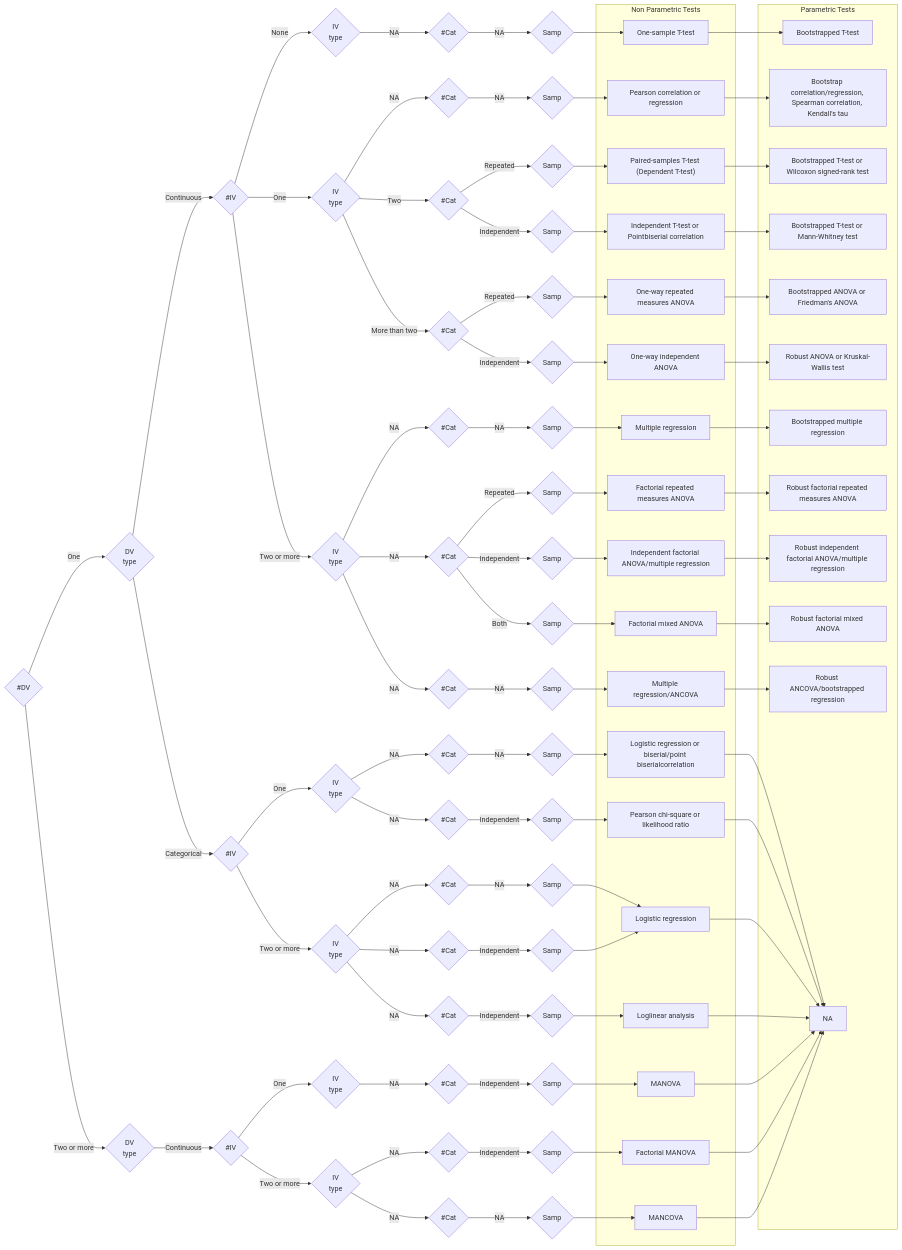
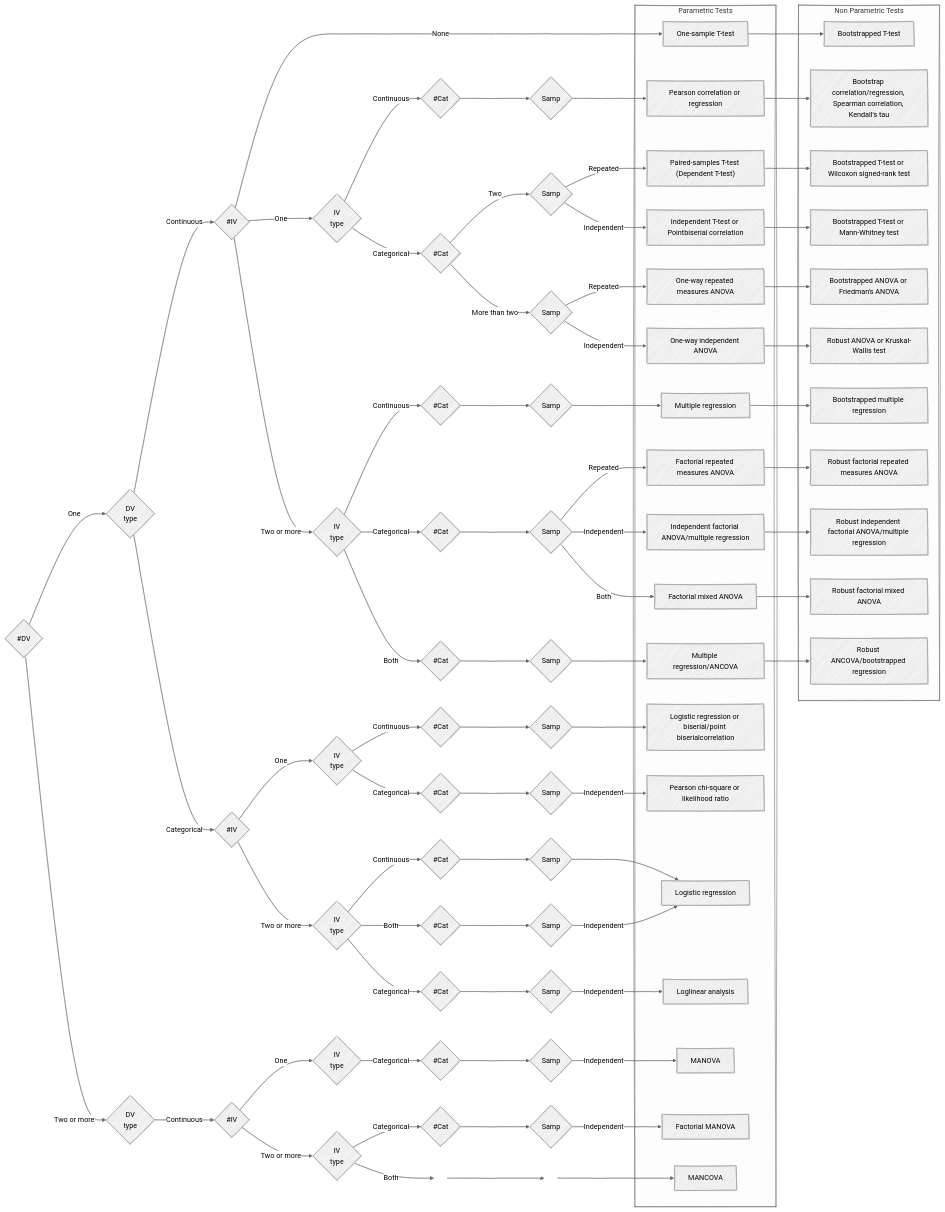
Before and after one commit to ShKlinkenberg/statistical-test-selection: the diagram in output.mmd, drawn with Mermaid. The commit also changed 2 other files, not shown here.

```diff
--- a/output.mmd
+++ b/output.mmd
@@ -1,70 +1,106 @@
+---
+config:
+  look: handDrawn
+  theme: neutral
+---
+
+
 flowchart LR
   DVn{#DV} -->|One| DVnOne{DV<br>type}
   DVn{#DV} -->|Two or more| DVnTwoormore{DV<br>type}
   DVnOne -->|Continuous| DVnOneContinuous{#IV}
   DVnOne -->|Categorical| DVnOneCategorical{#IV}
   DVnTwoormore -->|Continuous| DVnTwoormoreContinuous{#IV}
-  DVnOneContinuous -->|None| DVnOneContinuousNone{IV<br>type}
+  DVnOneContinuous -->|None| PTOne-sampleT-test["One-sample T-test"]
   DVnOneContinuous -->|One| DVnOneContinuousOne{IV<br>type}
   DVnOneContinuous -->|Two or more| DVnOneContinuousTwoormore{IV<br>type}
   DVnOneCategorical -->|One| DVnOneCategoricalOne{IV<br>type}
   DVnOneCategorical -->|Two or more| DVnOneCategoricalTwoormore{IV<br>type}
   DVnTwoormoreContinuous -->|One| DVnTwoormoreContinuousOne{IV<br>type}
   DVnTwoormoreContinuous -->|Two or more| DVnTwoormoreContinuousTwoormore{IV<br>type}
-  DVnOneContinuousNone -->|NA| DVnOneContinuousNoneNANA{#Cat}
-  DVnOneContinuousOne -->|NA| DVnOneContinuousOneContinuousNA{#Cat}
-  DVnOneContinuousOne -->|Two| DVnOneContinuousOneCategoricalTwo{#Cat}
-  DVnOneContinuousOne -->|More than two| DVnOneContinuousOneCategoricalMorethantwo{#Cat}
-  DVnOneContinuousTwoormore -->|NA| DVnOneContinuousTwoormoreContinuousNA{#Cat}
-  DVnOneContinuousTwoormore -->|NA| DVnOneContinuousTwoormoreCategoricalNA{#Cat}
-  DVnOneContinuousTwoormore -->|NA| DVnOneContinuousTwoormoreBothNA{#Cat}
-  DVnOneCategoricalOne -->|NA| DVnOneCategoricalOneContinuousNA{#Cat}
-  DVnOneCategoricalOne -->|NA| DVnOneCategoricalOneCategoricalNA{#Cat}
-  DVnOneCategoricalTwoormore -->|NA| DVnOneCategoricalTwoormoreContinuousNA{#Cat}
-  DVnOneCategoricalTwoormore -->|NA| DVnOneCategoricalTwoormoreCategoricalNA{#Cat}
-  DVnOneCategoricalTwoormore -->|NA| DVnOneCategoricalTwoormoreBothNA{#Cat}
-  DVnTwoormoreContinuousOne -->|NA| DVnTwoormoreContinuousOneCategoricalNA{#Cat}
-  DVnTwoormoreContinuousTwoormore -->|NA| DVnTwoormoreContinuousTwoormoreCategoricalNA{#Cat}
-  DVnTwoormoreContinuousTwoormore -->|NA| DVnTwoormoreContinuousTwoormoreBothNA{#Cat}
-  DVnOneContinuousNoneNANA -->|NA| DVnOneContinuousNoneNANANA{Samp}
-  DVnOneContinuousOneContinuousNA -->|NA| DVnOneContinuousOneContinuousNANA{Samp}
-  DVnOneContinuousOneCategoricalTwo -->|Repeated| DVnOneContinuousOneCategoricalTwoRepeated{Samp}
-  DVnOneContinuousOneCategoricalTwo -->|Independent| DVnOneContinuousOneCategoricalTwoIndependent{Samp}
-  DVnOneContinuousOneCategoricalMorethantwo -->|Repeated| DVnOneContinuousOneCategoricalMorethantwoRepeated{Samp}
-  DVnOneContinuousOneCategoricalMorethantwo -->|Independent| DVnOneContinuousOneCategoricalMorethantwoIndependent{Samp}
-  DVnOneContinuousTwoormoreContinuousNA -->|NA| DVnOneContinuousTwoormoreContinuousNANA{Samp}
-  DVnOneContinuousTwoormoreCategoricalNA -->|Repeated| DVnOneContinuousTwoormoreCategoricalNARepeated{Samp}
-  DVnOneContinuousTwoormoreCategoricalNA -->|Independent| DVnOneContinuousTwoormoreCategoricalNAIndependent{Samp}
-  DVnOneContinuousTwoormoreCategoricalNA -->|Both| DVnOneContinuousTwoormoreCategoricalNABoth{Samp}
-  DVnOneContinuousTwoormoreBothNA -->|NA| DVnOneContinuousTwoormoreBothNANA{Samp}
-  DVnOneCategoricalOneContinuousNA -->|NA| DVnOneCategoricalOneContinuousNANA{Samp}
-  DVnOneCategoricalOneCategoricalNA -->|Independent| DVnOneCategoricalOneCategoricalNAIndependent{Samp}
-  DVnOneCategoricalTwoormoreContinuousNA -->|NA| DVnOneCategoricalTwoormoreContinuousNANA{Samp}
-  DVnOneCategoricalTwoormoreCategoricalNA -->|Independent| DVnOneCategoricalTwoormoreCategoricalNAIndependent{Samp}
-  DVnOneCategoricalTwoormoreBothNA -->|Independent| DVnOneCategoricalTwoormoreBothNAIndependent{Samp}
-  DVnTwoormoreContinuousOneCategoricalNA -->|Independent| DVnTwoormoreContinuousOneCategoricalNAIndependent{Samp}
-  DVnTwoormoreContinuousTwoormoreCategoricalNA -->|Independent| DVnTwoormoreContinuousTwoormoreCategoricalNAIndependent{Samp}
-  DVnTwoormoreContinuousTwoormoreBothNA -->|NA| DVnTwoormoreContinuousTwoormoreBothNANA{Samp}
-  DVnOneContinuousNoneNANANA --> PTOne-sampleT-test["One-sample T-test"]
-  DVnOneContinuousOneContinuousNANA --> PTPearsoncorrelationorregression["Pearson correlation or regression"]
-  DVnOneContinuousOneCategoricalTwoRepeated --> PTPaired-samplesT-testDependentT-test["Paired-samples T-test (Dependent T-test)"]
-  DVnOneContinuousOneCategoricalTwoIndependent --> PTIndependentT-testorPointbiserialcorrelation["Independent T-test or Pointbiserial correlation"]
-  DVnOneContinuousOneCategoricalMorethantwoRepeated --> PTOne-wayrepeatedmeasuresANOVA["One-way repeated measures ANOVA"]
-  DVnOneContinuousOneCategoricalMorethantwoIndependent --> PTOne-wayindependentANOVA["One-way independent ANOVA"]
-  DVnOneContinuousTwoormoreContinuousNANA --> PTMultipleregression["Multiple regression"]
-  DVnOneContinuousTwoormoreCategoricalNARepeated --> PTFactorialrepeatedmeasuresANOVA["Factorial repeated measures ANOVA"]
-  DVnOneContinuousTwoormoreCategoricalNAIndependent --> PTIndependentfactorialANOVA/multipleregression["Independent factorial ANOVA/multiple regression"]
-  DVnOneContinuousTwoormoreCategoricalNABoth --> PTFactorialmixedANOVA["Factorial mixed ANOVA"]
-  DVnOneContinuousTwoormoreBothNANA --> PTMultipleregression/ANCOVA["Multiple regression/ANCOVA"]
-  DVnOneCategoricalOneContinuousNANA --> PTLogisticregressionorbiserial/pointbiserialcorrelation["Logistic regression or biserial/point biserialcorrelation"]
-  DVnOneCategoricalOneCategoricalNAIndependent --> PTPearsonchi-squareorlikelihoodratio["Pearson chi-square or likelihood ratio"]
-  DVnOneCategoricalTwoormoreContinuousNANA --> PTLogisticregression["Logistic regression"]
-  DVnOneCategoricalTwoormoreCategoricalNAIndependent --> PTLoglinearanalysis["Loglinear analysis"]
-  DVnOneCategoricalTwoormoreBothNAIndependent --> PTLogisticregression["Logistic regression"]
-  DVnTwoormoreContinuousOneCategoricalNAIndependent --> PTMANOVA["MANOVA"]
-  DVnTwoormoreContinuousTwoormoreCategoricalNAIndependent --> PTFactorialMANOVA["Factorial MANOVA"]
-  DVnTwoormoreContinuousTwoormoreBothNANA --> PTMANCOVA["MANCOVA"]
+
+  DVnOneContinuousOne -->|Continuous| DVnOneContinuousOneContinuous{#Cat}
+  DVnOneContinuousOne -->|Categorical| DVnOneContinuousOneCategorical{#Cat}
+  DVnOneContinuousTwoormore -->|Continuous| DVnOneContinuousTwoormoreContinuous{#Cat}
+  DVnOneContinuousTwoormore -->|Categorical| DVnOneContinuousTwoormoreCategorical{#Cat}
+  DVnOneContinuousTwoormore -->|Both| DVnOneContinuousTwoormoreBoth{#Cat}
+  DVnOneCategoricalOne -->|Continuous| DVnOneCategoricalOneContinuous{#Cat}
+  DVnOneCategoricalOne -->|Categorical| DVnOneCategoricalOneCategorical{#Cat}
+  DVnOneCategoricalTwoormore -->|Continuous| DVnOneCategoricalTwoormoreContinuous{#Cat}
+  DVnOneCategoricalTwoormore -->|Categorical| DVnOneCategoricalTwoormoreCategorical{#Cat}
+  DVnOneCategoricalTwoormore -->|Both| DVnOneCategoricalTwoormoreBoth{#Cat}
+  DVnTwoormoreContinuousOne -->|Categorical| DVnTwoormoreContinuousOneCategorical{#Cat}
+  DVnTwoormoreContinuousTwoormore -->|Categorical| DVnTwoormoreContinuousTwoormoreCategorical{#Cat}
+  DVnTwoormoreContinuousTwoormore -->|Both| DVnTwoormoreContinuousTwoormoreBoth{#Cat}:::hidden
+
+  DVnOneContinuousOneContinuous -->| | DVnOneContinuousOneContinuousNA{Samp}
+  DVnOneContinuousOneCategorical -->|Two| DVnOneContinuousOneCategoricalTwo{Samp}
+  DVnOneContinuousOneCategorical -->|More than two| DVnOneContinuousOneCategoricalMorethantwo{Samp}
+  DVnOneContinuousTwoormoreContinuous -->| | DVnOneContinuousTwoormoreContinuousNA{Samp}
+  DVnOneContinuousTwoormoreCategorical -->| | DVnOneContinuousTwoormoreCategoricalNA{Samp}
+  DVnOneContinuousTwoormoreBoth -->| | DVnOneContinuousTwoormoreBothNA{Samp}
+  DVnOneCategoricalOneContinuous -->| | DVnOneCategoricalOneContinuousNA{Samp}
+  DVnOneCategoricalOneCategorical -->| | DVnOneCategoricalOneCategoricalNA{Samp}
+  DVnOneCategoricalTwoormoreContinuous -->| | DVnOneCategoricalTwoormoreContinuousNA{Samp}
+  DVnOneCategoricalTwoormoreCategorical -->| | DVnOneCategoricalTwoormoreCategoricalNA{Samp}
+  DVnOneCategoricalTwoormoreBoth -->| | DVnOneCategoricalTwoormoreBothNA{Samp}
+  DVnTwoormoreContinuousOneCategorical -->| | DVnTwoormoreContinuousOneCategoricalNA{Samp}
+  DVnTwoormoreContinuousTwoormoreCategorical -->| | DVnTwoormoreContinuousTwoormoreCategoricalNA{Samp}
+  DVnTwoormoreContinuousTwoormoreBoth -->| | DVnTwoormoreContinuousTwoormoreBothNA{Samp}:::hidden
+classDef hidden display: none;
+  DVnOneContinuousOneContinuousNA -->| | PTPearsoncorrelationorregression["Pearson correlation or regression"]
+  DVnOneContinuousOneCategoricalTwo -->|Repeated| PTPaired-samplesT-testDependentT-test["Paired-samples T-test (Dependent T-test)"]
+  DVnOneContinuousOneCategoricalTwo -->|Independent| PTIndependentT-testorPointbiserialcorrelation["Independent T-test or Pointbiserial correlation"]
+  DVnOneContinuousOneCategoricalMorethantwo -->|Repeated| PTOne-wayrepeatedmeasuresANOVA["One-way repeated measures ANOVA"]
+  DVnOneContinuousOneCategoricalMorethantwo -->|Independent| PTOne-wayindependentANOVA["One-way independent ANOVA"]
+  DVnOneContinuousTwoormoreContinuousNA -->| | PTMultipleregression["Multiple regression"]
+  DVnOneContinuousTwoormoreCategoricalNA -->|Repeated| PTFactorialrepeatedmeasuresANOVA["Factorial repeated measures ANOVA"]
+  DVnOneContinuousTwoormoreCategoricalNA -->|Independent| PTIndependentfactorialANOVA/multipleregression["Independent factorial ANOVA/multiple regression"]
+  DVnOneContinuousTwoormoreCategoricalNA -->|Both| PTFactorialmixedANOVA["Factorial mixed ANOVA"]
+  DVnOneContinuousTwoormoreBothNA -->| | PTMultipleregression/ANCOVA["Multiple regression/ANCOVA"]
+  DVnOneCategoricalOneContinuousNA -->| | PTLogisticregressionorbiserial/pointbiserialcorrelation["Logistic regression or biserial/point biserialcorrelation"]
+  DVnOneCategoricalOneCategoricalNA -->|Independent| PTPearsonchi-squareorlikelihoodratio["Pearson chi-square or likelihood ratio"]
+  DVnOneCategoricalTwoormoreContinuousNA -->| | PTLogisticregression["Logistic regression"]
+  DVnOneCategoricalTwoormoreCategoricalNA -->|Independent| PTLoglinearanalysis["Loglinear analysis"]
+  DVnOneCategoricalTwoormoreBothNA -->|Independent| PTLogisticregression["Logistic regression"]
+  DVnTwoormoreContinuousOneCategoricalNA -->|Independent| PTMANOVA["MANOVA"]
+  DVnTwoormoreContinuousTwoormoreCategoricalNA -->|Independent| PTFactorialMANOVA["Factorial MANOVA"]
+  DVnTwoormoreContinuousTwoormoreBothNA -->| | PTMANCOVA["MANCOVA"]
+  PTOne-sampleT-test --> NPTBootstrappedT-test["Bootstrapped T-test"]
+  PTPearsoncorrelationorregression --> NPTBootstrapcorrelation/regression,Spearmancorrelation,Kendall'stau["Bootstrap correlation/regression, Spearman correlation, Kendall's tau"]
+  PTPaired-samplesT-testDependentT-test --> NPTBootstrappedT-testorWilcoxonsigned-ranktest["Bootstrapped T-test or Wilcoxon signed-rank test"]
+  PTIndependentT-testorPointbiserialcorrelation --> NPTBootstrappedT-testorMann-Whitneytest["Bootstrapped T-test or Mann-Whitney test"]
+  PTOne-wayrepeatedmeasuresANOVA --> NPTBootstrappedANOVAorFriedman'sANOVA["Bootstrapped ANOVA or Friedman's ANOVA"]
+  PTOne-wayindependentANOVA --> NPTRobustANOVAorKruskal-Wallistest["Robust ANOVA or Kruskal-Wallis test"]
+  PTMultipleregression --> NPTBootstrappedmultipleregression["Bootstrapped multiple regression"]
+  PTFactorialrepeatedmeasuresANOVA --> NPTRobustfactorialrepeatedmeasuresANOVA["Robust factorial repeated measures ANOVA"]
+  PTIndependentfactorialANOVA/multipleregression --> NPTRobustindependentfactorialANOVA/multipleregression["Robust independent factorial ANOVA/multiple regression"]
+  PTFactorialmixedANOVA --> NPTRobustfactorialmixedANOVA["Robust factorial mixed ANOVA"]
+  PTMultipleregression/ANCOVA --> NPTRobustANCOVA/bootstrappedregression["Robust ANCOVA/bootstrapped regression"]
+
+
 subgraph Parametric Tests
+PTOne-sampleT-test
+PTPearsoncorrelationorregression
+PTPaired-samplesT-testDependentT-test
+PTIndependentT-testorPointbiserialcorrelation
+PTOne-wayrepeatedmeasuresANOVA
+PTOne-wayindependentANOVA
+PTMultipleregression
+PTFactorialrepeatedmeasuresANOVA
+PTIndependentfactorialANOVA/multipleregression
+PTFactorialmixedANOVA
+PTMultipleregression/ANCOVA
+PTLogisticregressionorbiserial/pointbiserialcorrelation
+PTPearsonchi-squareorlikelihoodratio
+PTLogisticregression
+PTLoglinearanalysis
+PTLogisticregression
+PTMANOVA
+PTFactorialMANOVA
+PTMANCOVA
+end
+subgraph Non Parametric Tests
 NPTBootstrappedT-test
 NPTBootstrapcorrelation/regression,Spearmancorrelation,Kendall'stau
 NPTBootstrappedT-testorWilcoxonsigned-ranktest
@@ -76,32 +112,5 @@
 NPTRobustindependentfactorialANOVA/multipleregression
 NPTRobustfactorialmixedANOVA
 NPTRobustANCOVA/bootstrappedregression
-NPTNA
-NPTNA
-NPTNA
-NPTNA
-NPTNA
-NPTNA
-NPTNA
-NPTNA
+
 end
-subgraph Non Parametric Tests
-  PTOne-sampleT-test --> NPTBootstrappedT-test["Bootstrapped T-test"]
-  PTPearsoncorrelationorregression --> NPTBootstrapcorrelation/regression,Spearmancorrelation,Kendall'stau["Bootstrap correlation/regression, Spearman correlation, Kendall's tau"]
-  PTPaired-samplesT-testDependentT-test --> NPTBootstrappedT-testorWilcoxonsigned-ranktest["Bootstrapped T-test or Wilcoxon signed-rank test"]
-  PTIndependentT-testorPointbiserialcorrelation --> NPTBootstrappedT-testorMann-Whitneytest["Bootstrapped T-test or Mann-Whitney test"]
-  PTOne-wayrepeatedmeasuresANOVA --> NPTBootstrappedANOVAorFriedman'sANOVA["Bootstrapped ANOVA or Friedman's ANOVA"]
-  PTOne-wayindependentANOVA --> NPTRobustANOVAorKruskal-Wallistest["Robust ANOVA or Kruskal-Wallis test"]
-  PTMultipleregression --> NPTBootstrappedmultipleregression["Bootstrapped multiple regression"]
-  PTFactorialrepeatedmeasuresANOVA --> NPTRobustfactorialrepeatedmeasuresANOVA["Robust factorial repeated measures ANOVA"]
-  PTIndependentfactorialANOVA/multipleregression --> NPTRobustindependentfactorialANOVA/multipleregression["Robust independent factorial ANOVA/multiple regression"]
-  PTFactorialmixedANOVA --> NPTRobustfactorialmixedANOVA["Robust factorial mixed ANOVA"]
-  PTMultipleregression/ANCOVA --> NPTRobustANCOVA/bootstrappedregression["Robust ANCOVA/bootstrapped regression"]
-  PTLogisticregressionorbiserial/pointbiserialcorrelation --> NPTNA["NA"]
-  PTPearsonchi-squareorlikelihoodratio --> NPTNA["NA"]
-  PTLogisticregression --> NPTNA["NA"]
-  PTLoglinearanalysis --> NPTNA["NA"]
-  PTMANOVA --> NPTNA["NA"]
-  PTFactorialMANOVA --> NPTNA["NA"]
-  PTMANCOVA --> NPTNA["NA"]
-end
```
